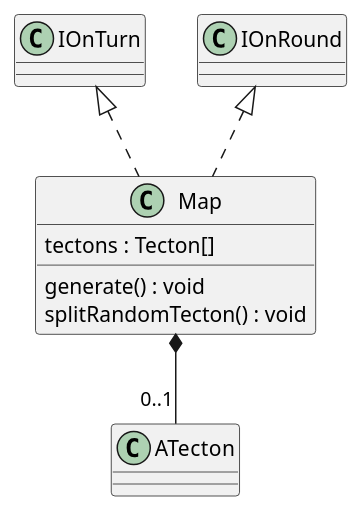
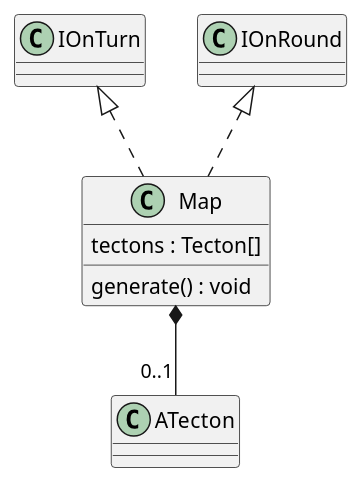
Before and after one commit to Petya-G/fungorium: the diagram in 3/classes/map.puml, drawn with PlantUML.

Commit message:
removed function from map

```diff
--- a/3/classes/map.puml
+++ b/3/classes/map.puml
@@ -1,10 +1,9 @@
 @startuml map
 IOnTurn <|.. Map 
 IOnRound <|.. Map
 Map *-- "0..1" ATecton
 class Map{
     tectons : Tecton[]
     generate() : void
-    splitRandomTecton() : void
 }
 @enduml
```
